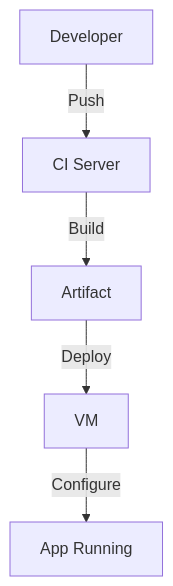
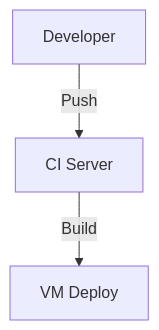
Before and after one commit to rh-mobb/rh-ai-deck-builder: the first of 3 diagrams in theme/slides.md, drawn with Mermaid. The commit also changed other lines of this file, not shown here.

````diff
--- a/theme/slides.md
+++ b/theme/slides.md
@@ -81,7 +81,5 @@
 ```mermaid
 graph TD
     A[Developer] -->|Push| B[CI Server]
-    B -->|Build| C[Artifact]
-    C -->|Deploy| D[VM]
-    D -->|Configure| E[App Running]
+    B -->|Build| C[VM Deploy]
 ```
````
